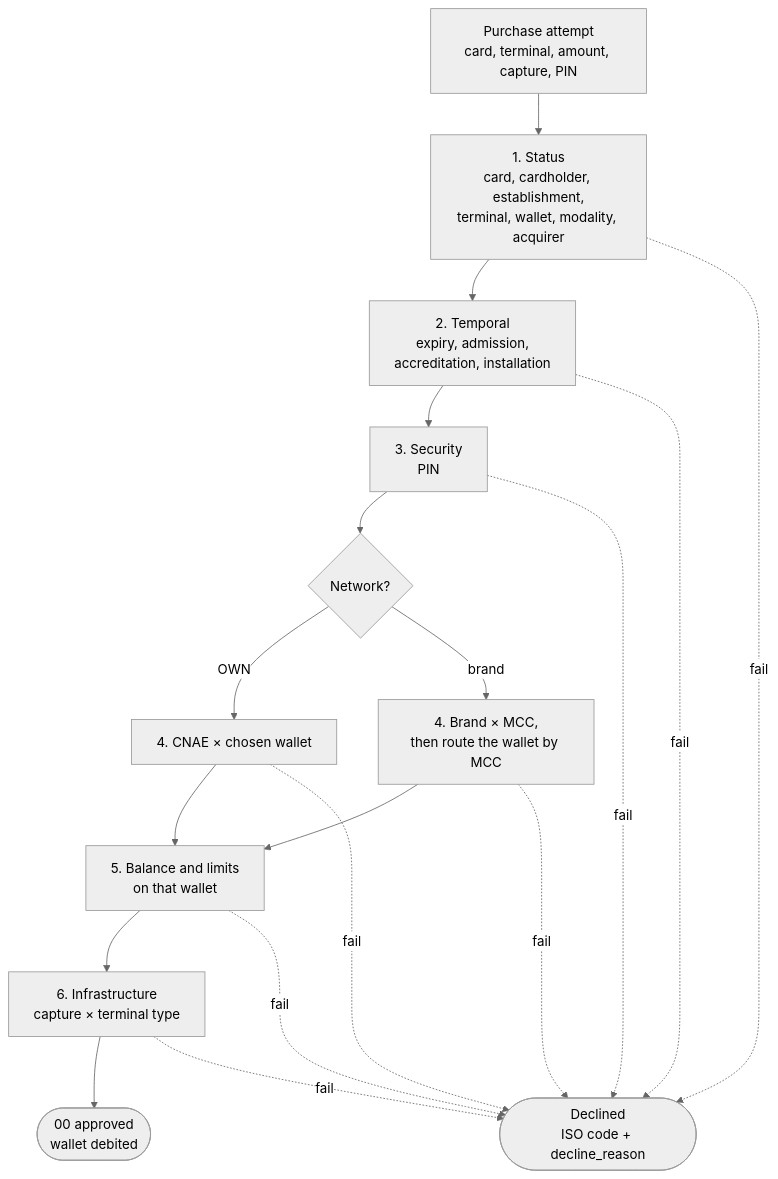
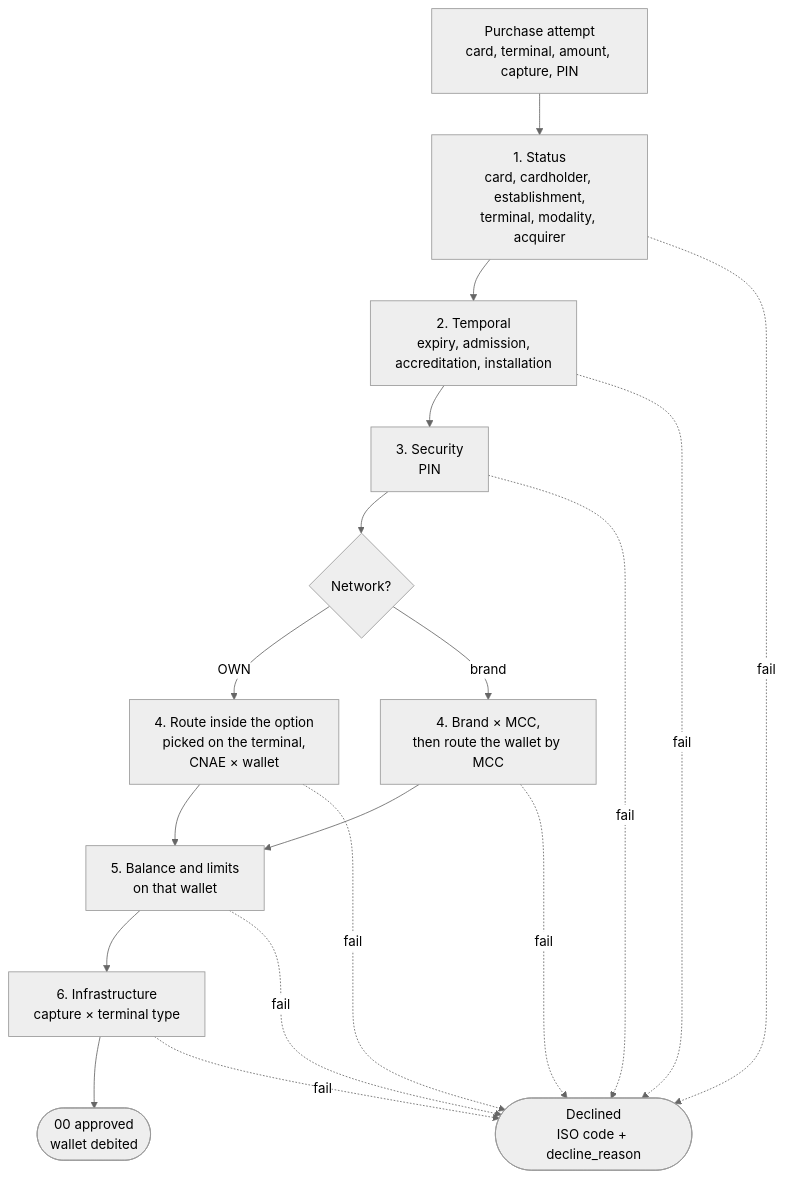
Before and after one commit to Nic-Soares/corporate-benefits-transactions: the second of 2 diagrams in docs/business-rule.md, drawn with Mermaid (neutral theme). The commit also changed other lines of this file and 6 other files, not shown here.

Commit message:
docs: ADR-009, business rules, data strategy, flow and roadmap ST-06.5

````diff
--- a/docs/business-rule.md
+++ b/docs/business-rule.md
@@ -60,20 +72,20 @@
 ```mermaid
 flowchart TD
-    TX["Purchase attempt<br/>card, terminal, amount, capture, PIN"] --> S["1. Status<br/>card, cardholder, establishment,<br/>terminal, wallet, modality, acquirer"]
+    TX["Purchase attempt<br/>card, terminal, amount, capture, PIN"] --> S["1. Status<br/>card, cardholder, establishment,<br/>terminal, modality, acquirer"]
     S --> T["2. Temporal<br/>expiry, admission,<br/>accreditation, installation"]
     T --> P["3. Security<br/>PIN"]
     P --> NET{"Network?"}
-    NET -->|OWN| CNAE["4. CNAE × chosen wallet"]
+    NET -->|OWN| CNAE["4. Route inside the option<br/>picked on the terminal,<br/>CNAE × wallet"]
     NET -->|brand| MCC["4. Brand × MCC,<br/>then route the wallet by MCC"]
     CNAE --> B["5. Balance and limits<br/>on that wallet"]
     MCC --> B
     B --> I["6. Infrastructure<br/>capture × terminal type"]
     I --> OK(["00 approved<br/>wallet debited"])
     S -. fail .-> NO(["Declined<br/>ISO code + decline_reason"])
     T -. fail .-> NO
     P -. fail .-> NO
     CNAE -. fail .-> NO
     MCC -. fail .-> NO
     B -. fail .-> NO
     I -. fail .-> NO
 ```
````
